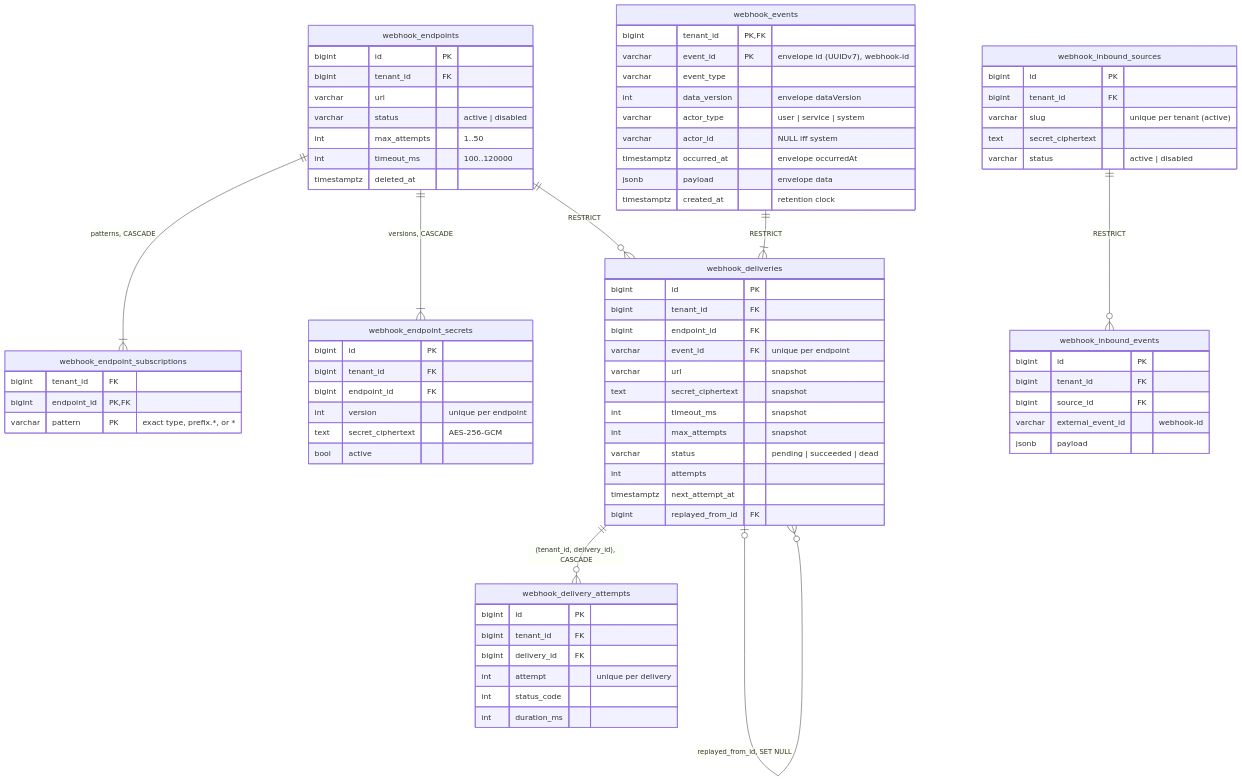
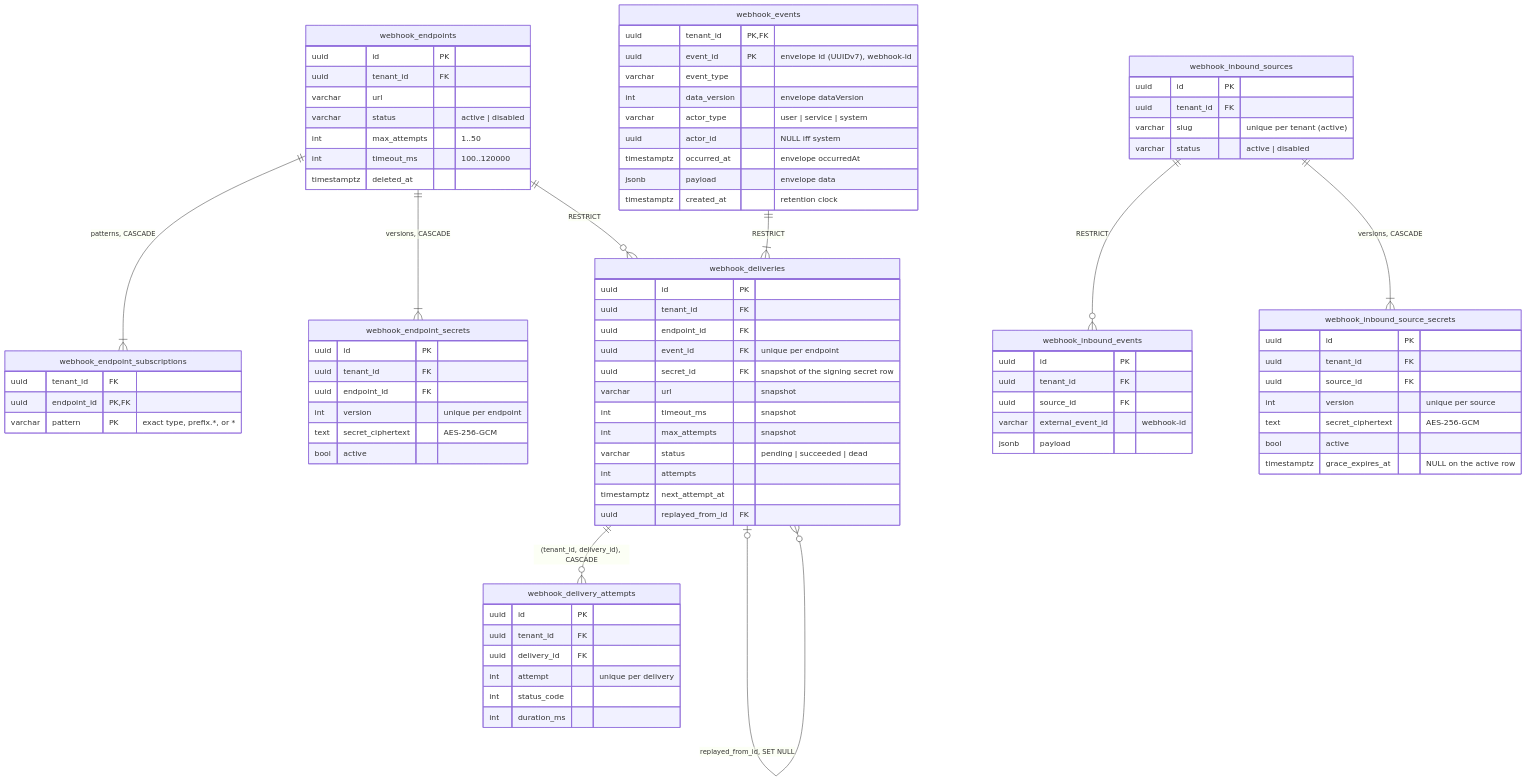
The third of 4 diagrams in docs/data-model.md (chuanghiduoc/fiber-golang-boilerplate), drawn with Mermaid before and after one commit. The commit also changed other lines of this file and 911 other files, not shown here.

```diff
--- a/docs/data-model.md
+++ b/docs/data-model.md
@@ -481,10 +516,11 @@
     webhook_deliveries ||--o{ webhook_delivery_attempts : "(tenant_id, delivery_id), CASCADE"
     webhook_deliveries |o--o{ webhook_deliveries : "replayed_from_id, SET NULL"
     webhook_inbound_sources ||--o{ webhook_inbound_events : "RESTRICT"
+    webhook_inbound_sources ||--|{ webhook_inbound_source_secrets : "versions, CASCADE"
 
     webhook_endpoints {
-        bigint id PK
-        bigint tenant_id FK
+        uuid id PK
+        uuid tenant_id FK
         varchar url
         varchar status "active | disabled"
         int max_attempts "1..50"
@@ -492,62 +528,70 @@
         timestamptz deleted_at
     }
     webhook_endpoint_subscriptions {
-        bigint tenant_id FK
-        bigint endpoint_id PK, FK
+        uuid tenant_id FK
+        uuid endpoint_id PK, FK
         varchar pattern PK "exact type, prefix.*, or *"
     }
     webhook_endpoint_secrets {
-        bigint id PK
-        bigint tenant_id FK
-        bigint endpoint_id FK
+        uuid id PK
+        uuid tenant_id FK
+        uuid endpoint_id FK
         int version "unique per endpoint"
         text secret_ciphertext "AES-256-GCM"
         bool active
     }
     webhook_events {
-        bigint tenant_id PK, FK
-        varchar event_id PK "envelope id (UUIDv7), webhook-id"
+        uuid tenant_id PK, FK
+        uuid event_id PK "envelope id (UUIDv7), webhook-id"
         varchar event_type
         int data_version "envelope dataVersion"
         varchar actor_type "user | service | system"
-        varchar actor_id "NULL iff system"
+        uuid actor_id "NULL iff system"
         timestamptz occurred_at "envelope occurredAt"
         jsonb payload "envelope data"
         timestamptz created_at "retention clock"
     }
     webhook_deliveries {
-        bigint id PK
-        bigint tenant_id FK
-        bigint endpoint_id FK
-        varchar event_id FK "unique per endpoint"
+        uuid id PK
+        uuid tenant_id FK
+        uuid endpoint_id FK
+        uuid event_id FK "unique per endpoint"
+        uuid secret_id FK "snapshot of the signing secret row"
         varchar url "snapshot"
-        text secret_ciphertext "snapshot"
         int timeout_ms "snapshot"
         int max_attempts "snapshot"
         varchar status "pending | succeeded | dead"
         int attempts
         timestamptz next_attempt_at
-        bigint replayed_from_id FK
+        uuid replayed_from_id FK
     }
     webhook_delivery_attempts {
-        bigint id PK
-        bigint tenant_id FK
-        bigint delivery_id FK
+        uuid id PK
+        uuid tenant_id FK
+        uuid delivery_id FK
         int attempt "unique per delivery"
         int status_code
         int duration_ms
     }
     webhook_inbound_sources {
-        bigint id PK
-        bigint tenant_id FK
+        uuid id PK
+        uuid tenant_id FK
         varchar slug "unique per tenant (active)"
-        text secret_ciphertext
         varchar status "active | disabled"
     }
+    webhook_inbound_source_secrets {
+        uuid id PK
+        uuid tenant_id FK
+        uuid source_id FK
+        int version "unique per source"
+        text secret_ciphertext "AES-256-GCM"
+        bool active
+        timestamptz grace_expires_at "NULL on the active row"
+    }
     webhook_inbound_events {
-        bigint id PK
-        bigint tenant_id FK
-        bigint source_id FK
+        uuid id PK
+        uuid tenant_id FK
+        uuid source_id FK
         varchar external_event_id "webhook-id"
         jsonb payload
     }
```
